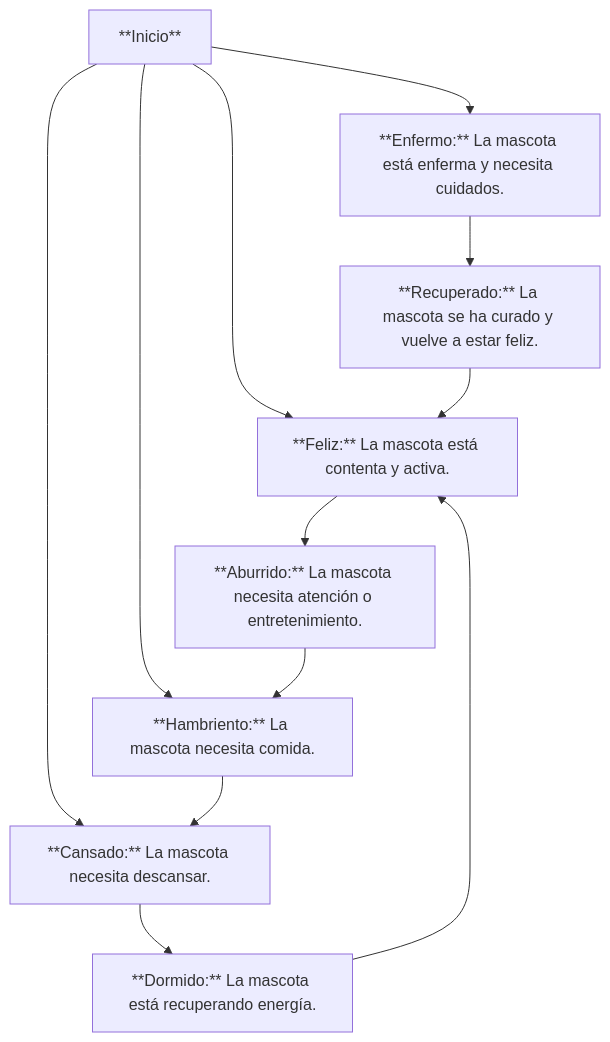
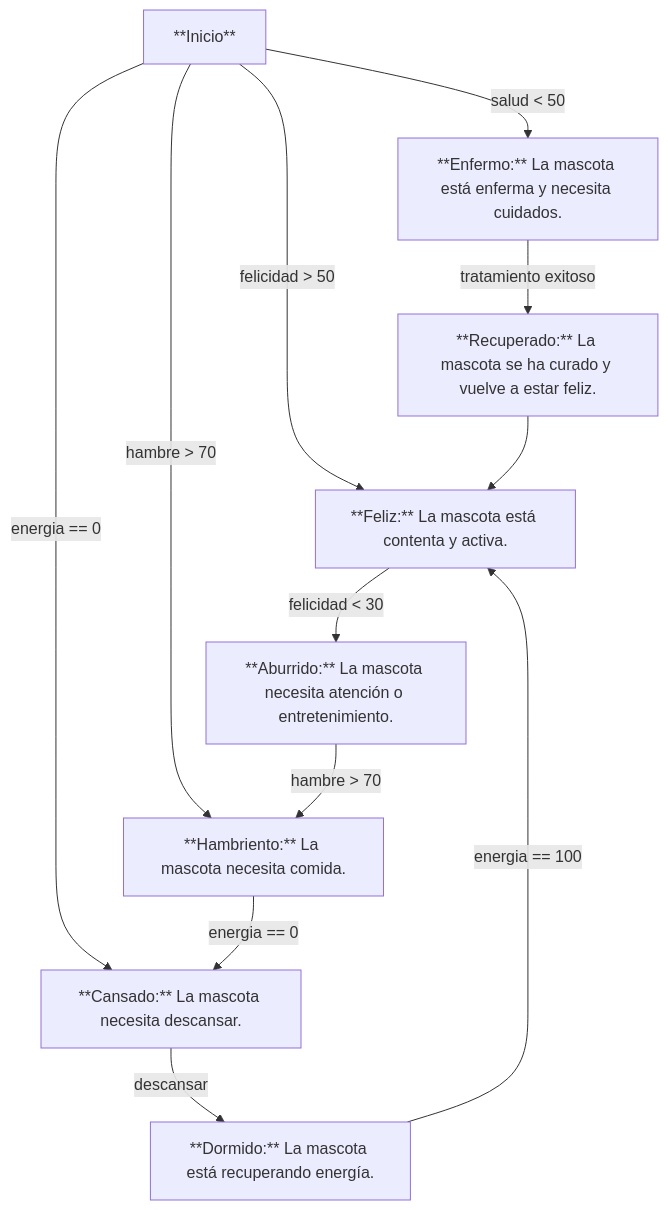
The diagram in notes.md (Tailosrx/Meumon), drawn with Mermaid before and after one commit. The commit also changed other lines of this file and 11 other files, not shown here.

````diff
--- a/notes.md
+++ b/notes.md
@@ -3,16 +3,16 @@
 ```mermaid
 graph TD
-    Inicio[**Inicio**] --> Feliz[**Feliz:** La mascota está contenta y activa.]
-    Inicio --> Hambriento[**Hambriento:** La mascota necesita comida.]
-    Inicio --> Cansado[**Cansado:** La mascota necesita descansar.]
-    Inicio --> Enfermo[**Enfermo:** La mascota está enferma y necesita cuidados.]
+    Inicio[**Inicio**] -->|felicidad > 50| Feliz[**Feliz:** La mascota está contenta y activa.]
+    Inicio -->|hambre > 70| Hambriento[**Hambriento:** La mascota necesita comida.]
+    Inicio -->|energia == 0| Cansado[**Cansado:** La mascota necesita descansar.]
+    Inicio -->|salud < 50| Enfermo[**Enfermo:** La mascota está enferma y necesita cuidados.]
     
-    Feliz --> Aburrido[**Aburrido:** La mascota necesita atención o entretenimiento.]
-    Aburrido --> Hambriento
-    Hambriento --> Cansado
-    Cansado --> Dormido[**Dormido:** La mascota está recuperando energía.]
-    Dormido --> Feliz
+    Feliz -->|felicidad < 30| Aburrido[**Aburrido:** La mascota necesita atención o entretenimiento.]
+    Aburrido -->|hambre > 70| Hambriento
+    Hambriento -->|energia == 0| Cansado
+    Cansado -->|descansar| Dormido[**Dormido:** La mascota está recuperando energía.]
+    Dormido -->|energia == 100| Feliz
     
-    Enfermo --> Recuperado[**Recuperado:** La mascota se ha curado y vuelve a estar feliz.]
+    Enfermo -->|tratamiento exitoso| Recuperado[**Recuperado:** La mascota se ha curado y vuelve a estar feliz.]
     Recuperado --> Feliz
 ```
````
